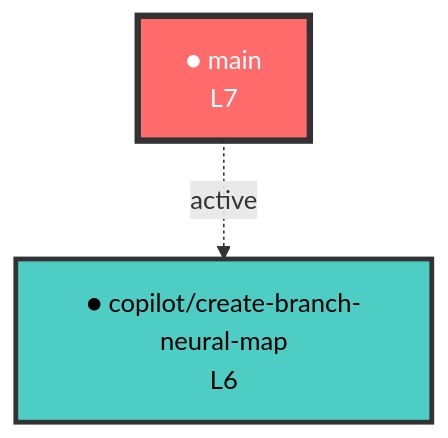
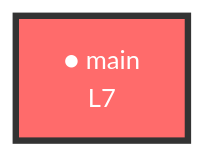
One commit to dofaromg/mrlioudb changed the diagram in neural-links/synaptic-graph.mermaid. Above: the diagram before and after it, drawn with Mermaid. The commit also changed 1 other file, not shown here.

Commit message:
🧠 Auto-sync neural network map [skip ci]

````diff
--- a/neural-links/synaptic-graph.mermaid
+++ b/neural-links/synaptic-graph.mermaid
@@ -1,18 +1,16 @@
 ```mermaid
 graph TD
   %% 神經網絡分支圖譜 - origin_signature: MrLiouWord
 
   %% 節點定義
   main["● main<br/>L7"]:::trunk
-  copilot_create_branch_neural_map["● copilot/create-branch-neural-map<br/>L6"]:::cognitive
 
   %% 連結定義
-  main -.->|active| copilot_create_branch_neural_map
 
   %% 樣式定義
   classDef trunk fill:#ff6b6b,stroke:#333,stroke-width:4px,color:#fff
   classDef cognitive fill:#4ecdc4,stroke:#333,stroke-width:3px,color:#000
   classDef feature fill:#95e1d3,stroke:#333,stroke-width:2px,color:#000
   classDef hotfix fill:#f9ca24,stroke:#333,stroke-width:2px,color:#000
   classDef experimental fill:#6c5ce7,stroke:#333,stroke-width:2px,color:#fff
 ```
````
